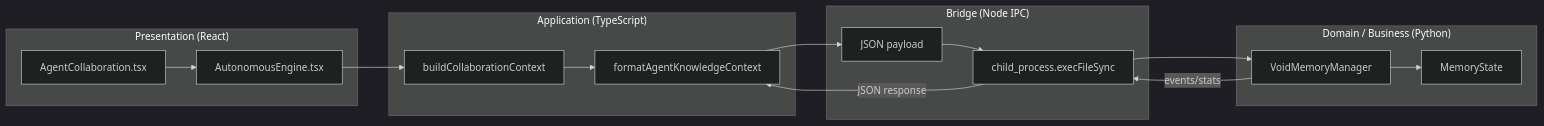
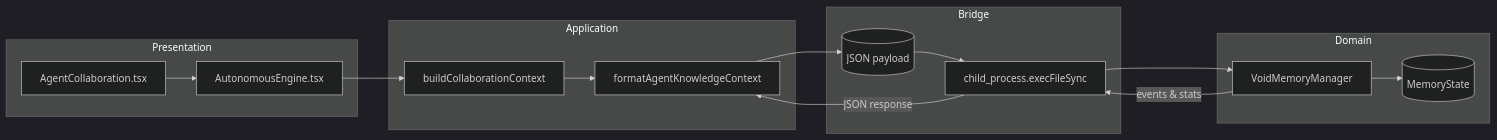
One commit to justinlietz93/collaborative-physicist-agents changed the diagram in docs/void-dynamics.md. Above: the diagram before and after it, drawn with Mermaid (dark theme).

````diff
--- a/docs/void-dynamics.md
+++ b/docs/void-dynamics.md
@@ -23,29 +23,30 @@
 ```mermaid
 flowchart LR
-    subgraph presentation["Presentation (React)"]
-        UI[AgentCollaboration.tsx]
-        Engine[AutonomousEngine.tsx]
-    end
-    subgraph application["Application (TypeScript)"]
-        Context[buildCollaborationContext]
-        Formatter[formatAgentKnowledgeContext]
-    end
-    subgraph bridge["Bridge (Node IPC)"]
-        Payload[JSON payload]
-        Runner[child_process.execFileSync]
-    end
-    subgraph domain["Domain / Business (Python)"]
-        Manager[VoidMemoryManager]
-        State[MemoryState]
-    end
+  %% Layers
+  subgraph Presentation
+    UI[AgentCollaboration.tsx]
+    Engine[AutonomousEngine.tsx]
+  end
 
-    UI --> Engine
-    Engine --> Context
-    Context --> Formatter
-    Formatter --> Payload
-    Payload --> Runner
-    Runner --> Manager
-    Manager --> State
-    Manager -->|events/stats| Runner
-    Runner -->|JSON response| Formatter
+  subgraph Application
+    Context[buildCollaborationContext]
+    Formatter[formatAgentKnowledgeContext]
+  end
+
+  subgraph Bridge
+    Payload[(JSON payload)]
+    Runner[child_process.execFileSync]
+  end
+
+  subgraph Domain
+    Manager[VoidMemoryManager]
+    State[(MemoryState)]
+  end
+
+  %% Primary flow
+  UI --> Engine --> Context --> Formatter --> Payload --> Runner --> Manager --> State
+
+  %% Feedback paths
+  Manager -->|events & stats| Runner
+  Runner -->|JSON response| Formatter
 ```
````
